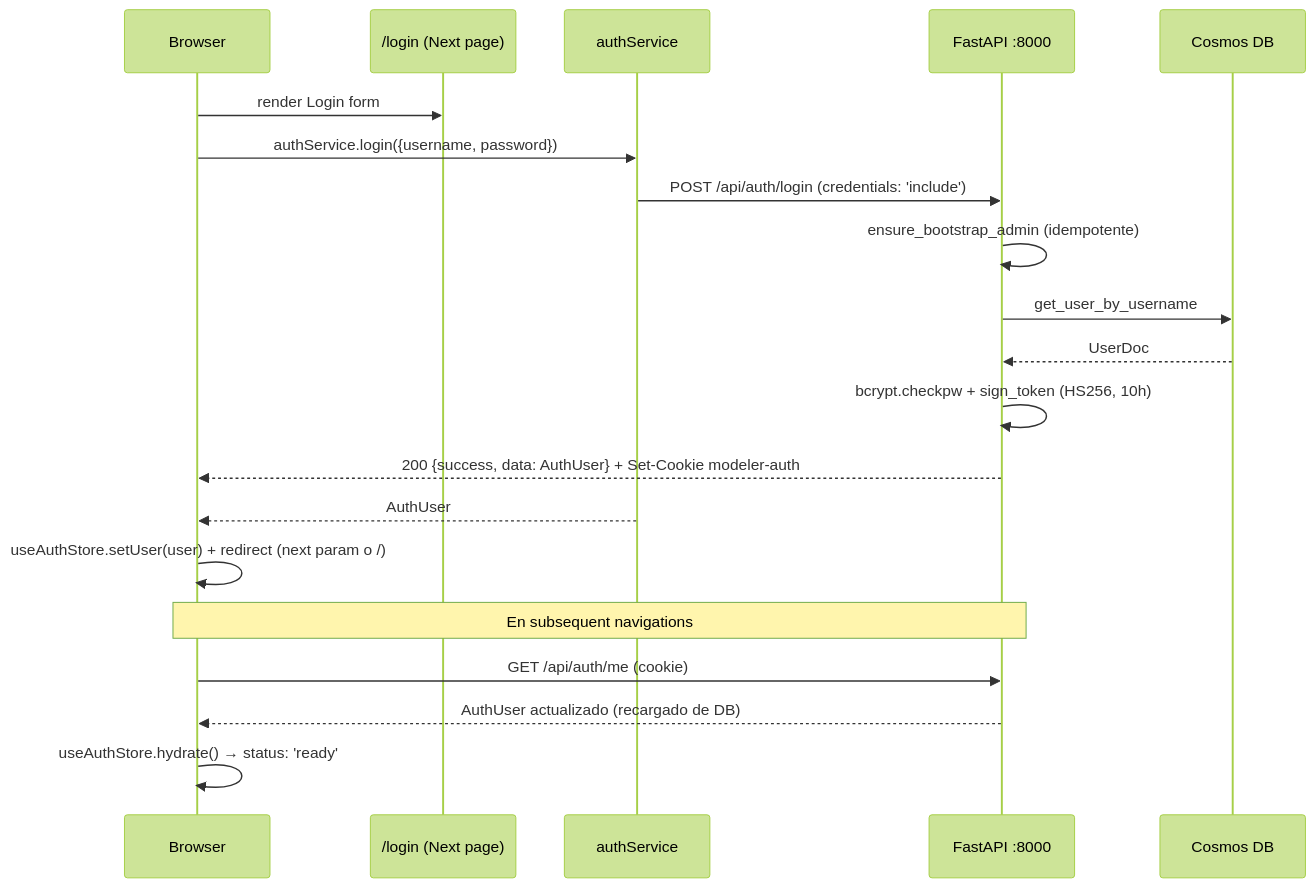
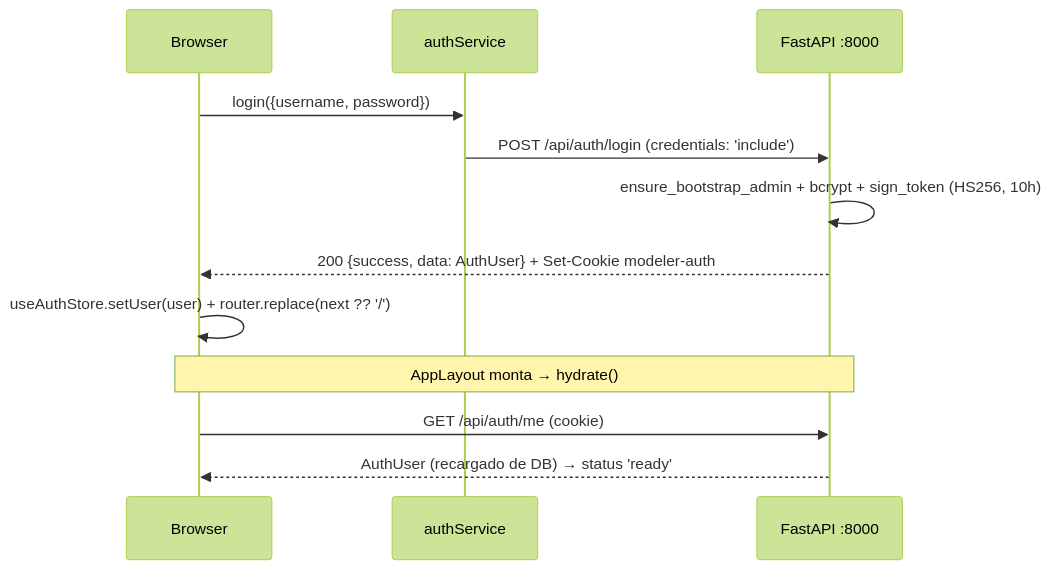
The first of 7 diagrams in doc/data-flow.md (Carlosmps97/web-data-model-hub), drawn with Mermaid (forest theme) before and after one commit. The commit also changed other lines of this file and 118 other files, not shown here.

````diff
--- a/doc/data-flow.md
+++ b/doc/data-flow.md
@@ -11,24 +10,16 @@
 ```mermaid
 sequenceDiagram
     participant B as Browser
-    participant LP as /login (Next page)
     participant SVC as authService
     participant FA as FastAPI :8000
-    participant DB as Cosmos DB
 
-    B->>LP: render Login form
-    B->>SVC: authService.login({username, password})
+    B->>SVC: login({username, password})
     SVC->>FA: POST /api/auth/login (credentials: 'include')
-    FA->>FA: ensure_bootstrap_admin (idempotente)
-    FA->>DB: get_user_by_username
-    DB-->>FA: UserDoc
-    FA->>FA: bcrypt.checkpw + sign_token (HS256, 10h)
+    FA->>FA: ensure_bootstrap_admin + bcrypt + sign_token (HS256, 10h)
     FA-->>B: 200 {success, data: AuthUser} + Set-Cookie modeler-auth
-    SVC-->>B: AuthUser
-    B->>B: useAuthStore.setUser(user) + redirect (next param o /)
+    B->>B: useAuthStore.setUser(user) + router.replace(next ?? '/')
 
-    Note over B,FA: En subsequent navigations
+    Note over B,FA: AppLayout monta → hydrate()
     B->>FA: GET /api/auth/me (cookie)
-    FA-->>B: AuthUser actualizado (recargado de DB)
-    B->>B: useAuthStore.hydrate() → status: 'ready'
+    FA-->>B: AuthUser (recargado de DB) → status 'ready'
 ```
````
